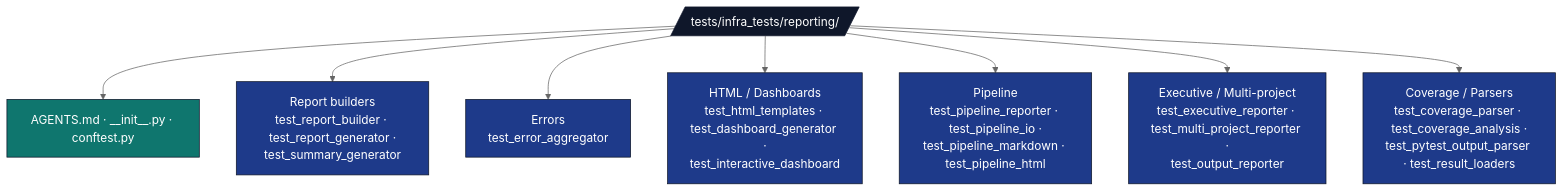
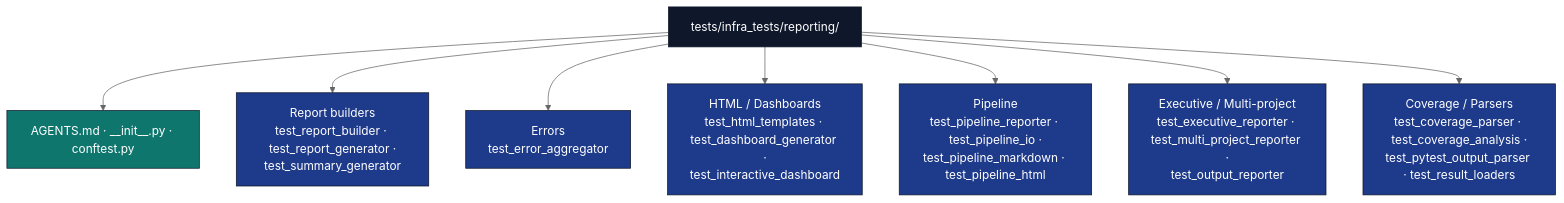
Before and after one commit to docxology/template: the diagram in tests/infra_tests/reporting/AGENTS.md, drawn with Mermaid (neutral theme). The commit also changed 94 other files, not shown here.

````diff
--- a/tests/infra_tests/reporting/AGENTS.md
+++ b/tests/infra_tests/reporting/AGENTS.md
@@ -9,18 +9,18 @@
 ```mermaid
 flowchart TB
-    T[/tests/infra_tests/reporting//]
+    T[tests/infra_tests/reporting/]
     T --> META[AGENTS.md · __init__.py · conftest.py]
     T --> CORE[Report builders<br/>test_report_builder · test_report_generator ·<br/>test_summary_generator]
     T --> ERR[Errors<br/>test_error_aggregator]
     T --> HTML[HTML / Dashboards<br/>test_html_templates · test_dashboard_generator ·<br/>test_interactive_dashboard]
     T --> PIPE[Pipeline<br/>test_pipeline_reporter · test_pipeline_io ·<br/>test_pipeline_markdown · test_pipeline_html]
     T --> CLI[Executive / Multi-project<br/>test_executive_reporter · test_multi_project_reporter ·<br/>test_output_reporter]
     T --> INTEG[Coverage / Parsers<br/>test_coverage_parser · test_coverage_analysis ·<br/>test_pytest_output_parser · test_result_loaders]
 
     classDef d fill:#0f172a,stroke:#0f172a,color:#fff
     classDef cat fill:#1e3a8a,stroke:#0f172a,color:#fff
     classDef doc fill:#0f766e,stroke:#0f172a,color:#fff
     class T d
     class CORE,ERR,HTML,PIPE,CLI,INTEG cat
     class META doc
 ```
````
